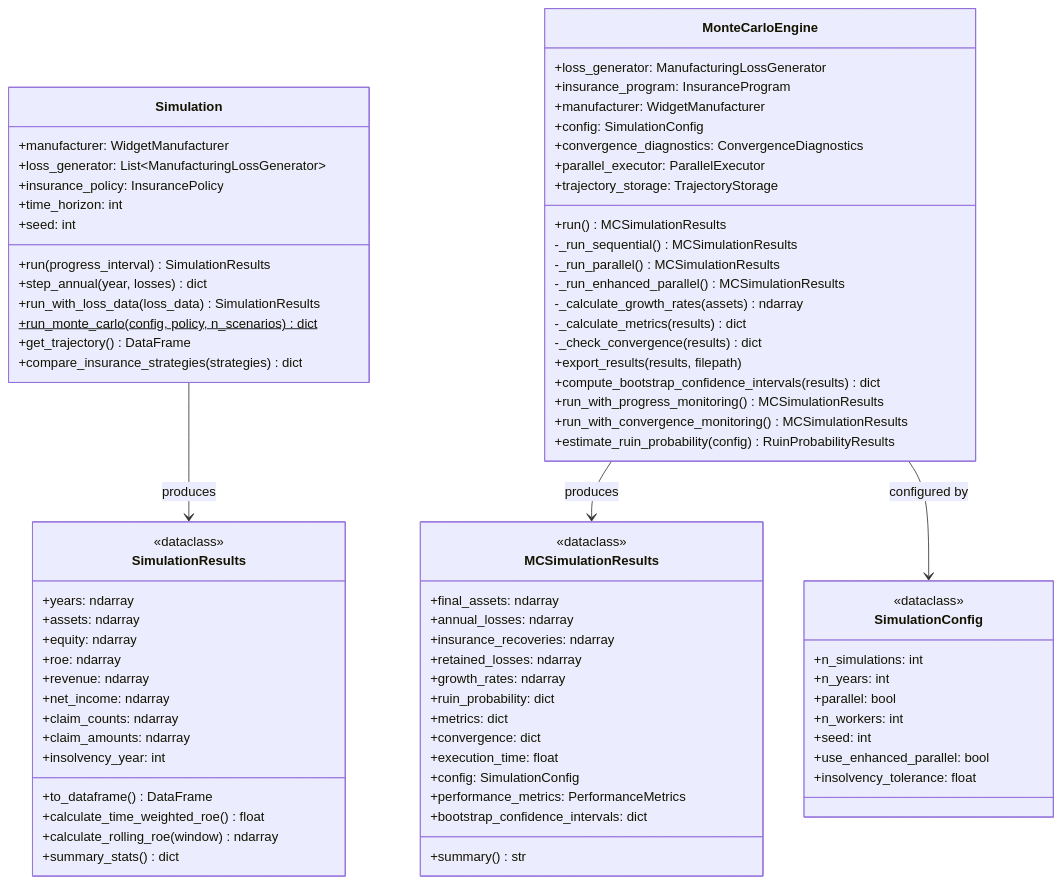
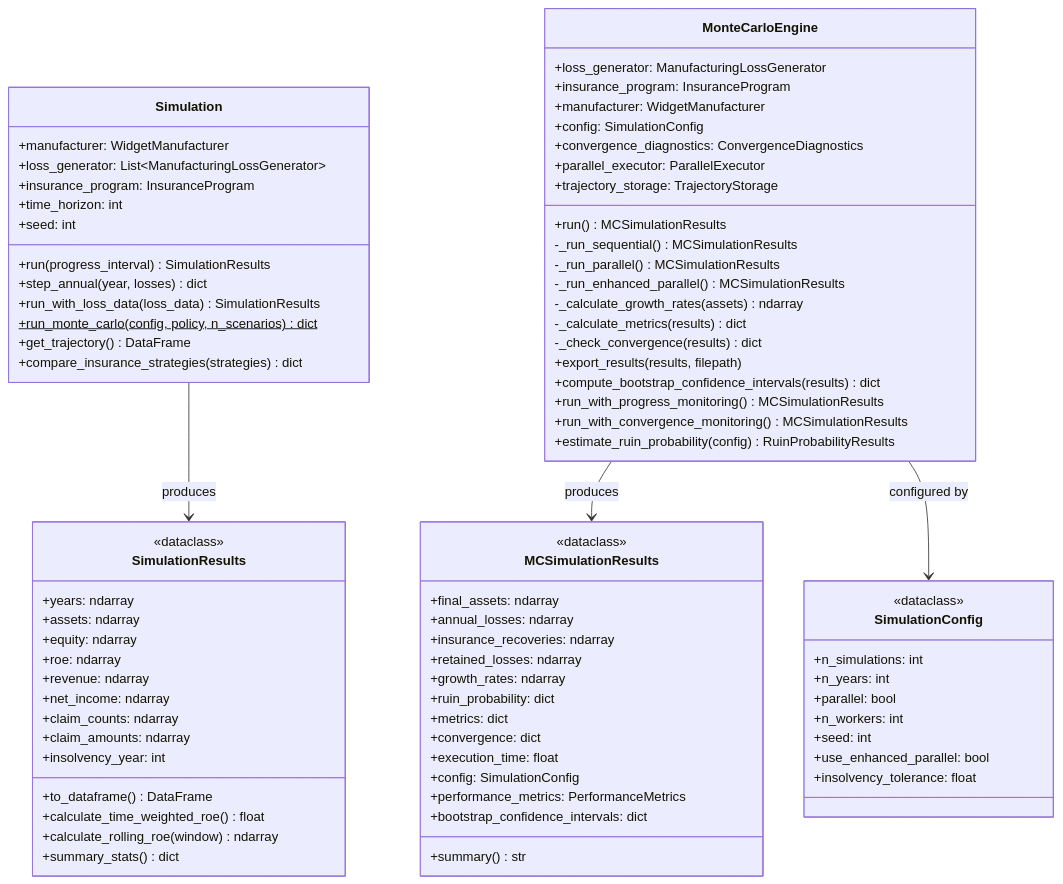
Before and after one commit to AlexFiliakov/Ergodic-Insurance-Limits: the fifth of 6 diagrams in ergodic_insurance/docs/architecture/class_diagrams/core_classes.md, drawn with Mermaid. The commit also changed other lines of this file and 34 other files, not shown here.

First line of the commit message:
refactor: deprecate InsurancePolicy in favor of InsuranceProgram (#388)

```diff
--- a/ergodic_insurance/docs/architecture/class_diagrams/core_classes.md
+++ b/ergodic_insurance/docs/architecture/class_diagrams/core_classes.md
@@ -390,7 +392,7 @@
     class Simulation {
         +manufacturer: WidgetManufacturer
         +loss_generator: List~ManufacturingLossGenerator~
-        +insurance_policy: InsurancePolicy
+        +insurance_program: InsuranceProgram
         +time_horizon: int
         +seed: int
         +run(progress_interval) SimulationResults
```
